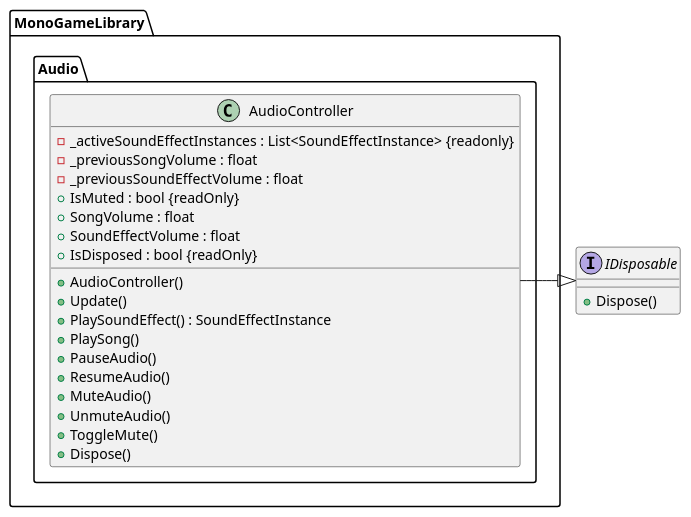
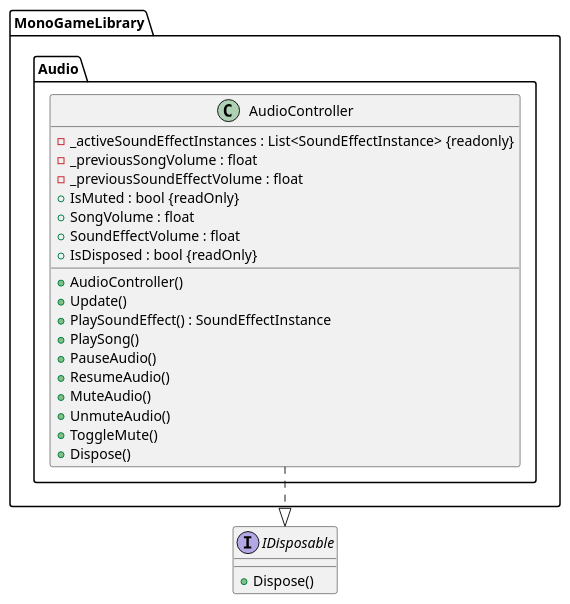
One commit to priceEXE/MonoGame changed the diagram in docs/puml/MonoGameLibrary/Audio/Audio.puml. Above: the diagram before and after it, drawn with PlantUML. The commit also changed 14 other files, not shown here.

Commit message:
uml update

```diff
--- a/docs/puml/MonoGameLibrary/Audio/Audio.puml
+++ b/docs/puml/MonoGameLibrary/Audio/Audio.puml
@@ -1,32 +1,32 @@
 @startuml Audio
 
 
 
 namespace MonoGameLibrary.Audio {
     class AudioController {
         - _activeSoundEffectInstances : List<SoundEffectInstance> {readonly}
         - _previousSongVolume : float
         - _previousSoundEffectVolume : float
         + IsMuted : bool {readOnly}
         + SongVolume : float
         + SoundEffectVolume : float
         + IsDisposed : bool {readOnly}
 
         + AudioController()
         + Update()
         + PlaySoundEffect() : SoundEffectInstance
         + PlaySong()
         + PauseAudio()
         + ResumeAudio()
         + MuteAudio()
         + UnmuteAudio()
         + ToggleMute()
         + Dispose()
     }
 }
 interface IDisposable {
     + Dispose()
 }
 
-AudioController -|> IDisposable
+AudioController ..|> IDisposable
 @enduml
```
